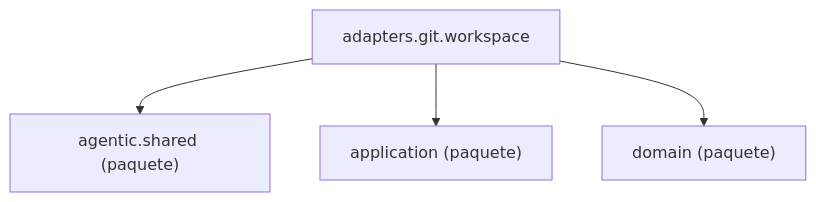
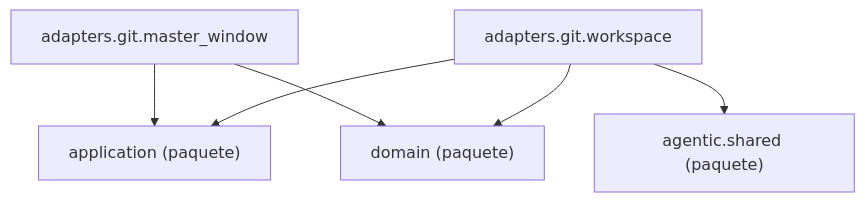
Before and after one commit to GonzaloZevallos/agentic-system: the diagram in docs/architecture/generated/packages-process-adapters-git.md, drawn with Mermaid. The commit also changed 11 other files, not shown here.

````diff
--- a/docs/architecture/generated/packages-process-adapters-git.md
+++ b/docs/architecture/generated/packages-process-adapters-git.md
@@ -14,10 +14,13 @@
 ```mermaid
 graph TD
     g_pkg__agentic__shared["agentic.shared (paquete)"]
     g_pkg__application["application (paquete)"]
     g_pkg__domain["domain (paquete)"]
+    m_adapters__git__master_window["adapters.git.master_window"]
     m_adapters__git__workspace["adapters.git.workspace"]
+    m_adapters__git__master_window --> g_pkg__application
+    m_adapters__git__master_window --> g_pkg__domain
     m_adapters__git__workspace --> g_pkg__agentic__shared
     m_adapters__git__workspace --> g_pkg__application
     m_adapters__git__workspace --> g_pkg__domain
 ```
````
